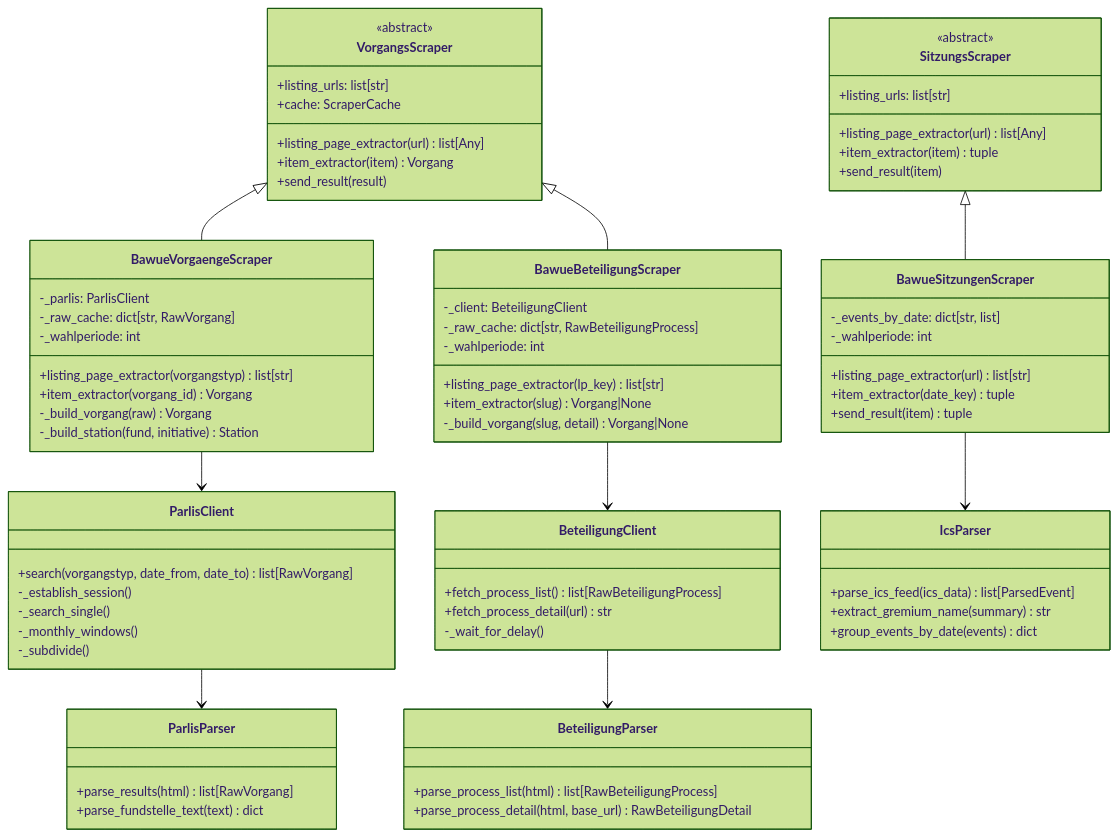
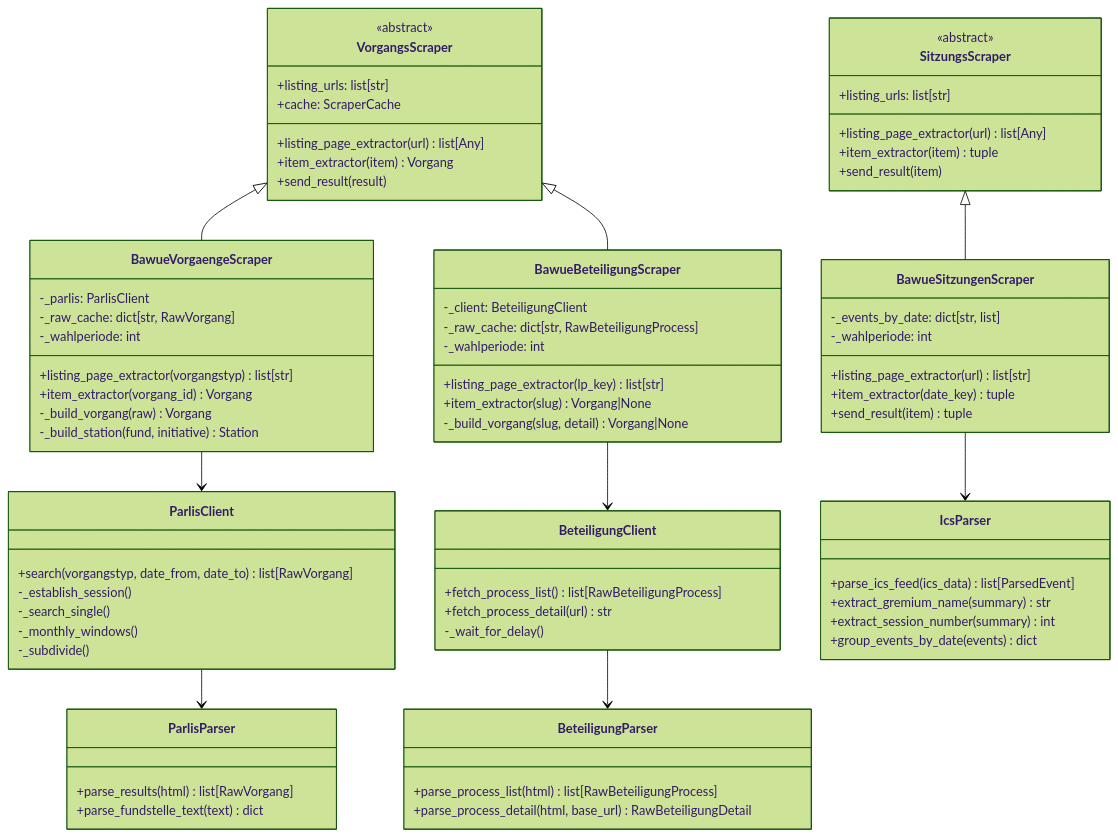
Before and after one commit to Parlamentszusammenfasser/pazufa-scraper-bw: the second of 3 diagrams in docs/architecture.md, drawn with Mermaid (forest theme). The commit also changed other lines of this file and 7 other files, not shown here.

Commit message:
feat: extract session numbers from ICS summaries in `BawueSitzungenScraper`

```diff
--- a/docs/architecture.md
+++ b/docs/architecture.md
@@ -176,6 +176,7 @@
     class IcsParser {
         +parse_ics_feed(ics_data) list[ParsedEvent]
         +extract_gremium_name(summary) str
+        +extract_session_number(summary) int
         +group_events_by_date(events) dict
     }
 
```
